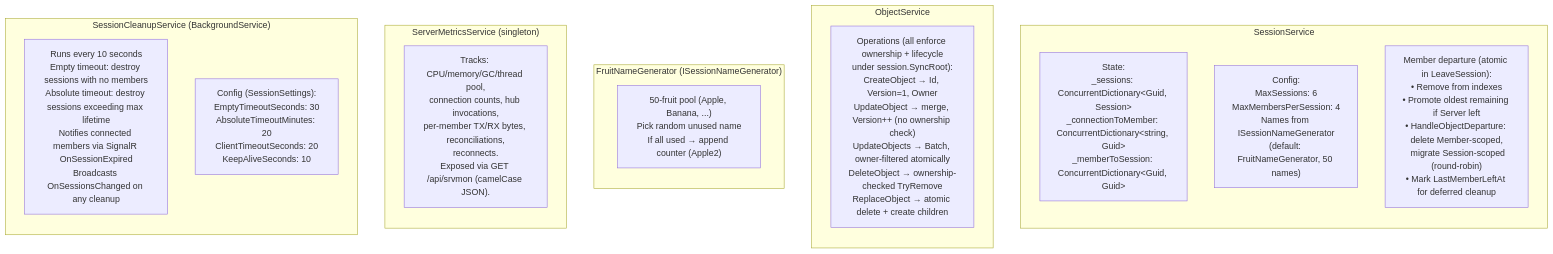
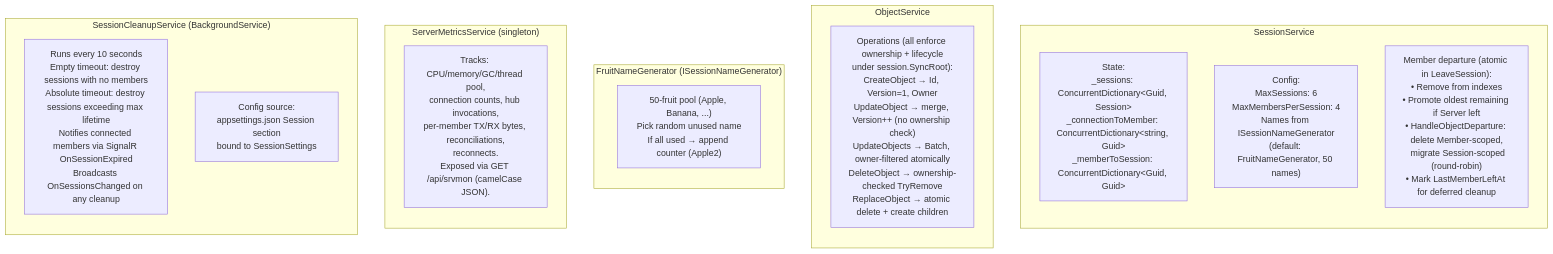
One commit to badvoidstar/astervoids changed the fourth of 36 diagrams in ARCHITECTURE.md. Above: the diagram before and after it, drawn with Mermaid. The commit also changed other lines of this file and 49 other files, not shown here.

````diff
--- a/ARCHITECTURE.md
+++ b/ARCHITECTURE.md
@@ -419,30 +419,30 @@
 ```mermaid
 graph TB
     subgraph "SessionService"
         direction TB
         SS_DICT["State:<br/>_sessions: ConcurrentDictionary&lt;Guid, Session&gt;<br/>_connectionToMember: ConcurrentDictionary&lt;string, Guid&gt;<br/>_memberToSession: ConcurrentDictionary&lt;Guid, Guid&gt;"]
         SS_CFG["Config:<br/>MaxSessions: 6<br/>MaxMembersPerSession: 4<br/>Names from ISessionNameGenerator<br/>(default: FruitNameGenerator, 50 names)"]
         SS_DEP["Member departure (atomic in LeaveSession):<br/>• Remove from indexes<br/>• Promote oldest remaining if Server left<br/>• HandleObjectDeparture: delete Member-scoped,<br/>  migrate Session-scoped (round-robin)<br/>• Mark LastMemberLeftAt for deferred cleanup"]
     end
 
     subgraph "ObjectService"
         direction TB
         OS_OPS["Operations (all enforce ownership + lifecycle<br/>under session.SyncRoot):<br/>CreateObject → Id, Version=1, Owner<br/>UpdateObject → merge, Version++ (no ownership check)<br/>UpdateObjects → Batch, owner-filtered atomically<br/>DeleteObject → ownership-checked TryRemove<br/>ReplaceObject → atomic delete + create children"]
     end
 
     subgraph "FruitNameGenerator (ISessionNameGenerator)"
         direction TB
         FNG["50-fruit pool (Apple, Banana, ...)<br/>Pick random unused name<br/>If all used → append counter (Apple2)"]
     end
 
     subgraph "ServerMetricsService (singleton)"
         direction TB
         SMS["Tracks: CPU/memory/GC/thread pool,<br/>connection counts, hub invocations,<br/>per-member TX/RX bytes, reconciliations,<br/>reconnects.<br/>Exposed via GET /api/srvmon (camelCase JSON)."]
     end
 
     subgraph "SessionCleanupService (BackgroundService)"
         direction TB
         SCS_OPS["Runs every 10 seconds<br/>Empty timeout: destroy sessions with no members<br/>Absolute timeout: destroy sessions exceeding max lifetime<br/>Notifies connected members via SignalR OnSessionExpired<br/>Broadcasts OnSessionsChanged on any cleanup"]
-        SCS_CFG["Config (SessionSettings):<br/>EmptyTimeoutSeconds: 30<br/>AbsoluteTimeoutMinutes: 20<br/>ClientTimeoutSeconds: 20<br/>KeepAliveSeconds: 10"]
+        SCS_CFG["Config source:<br/>appsettings.json Session section<br/>bound to SessionSettings"]
     end
 ```
````
